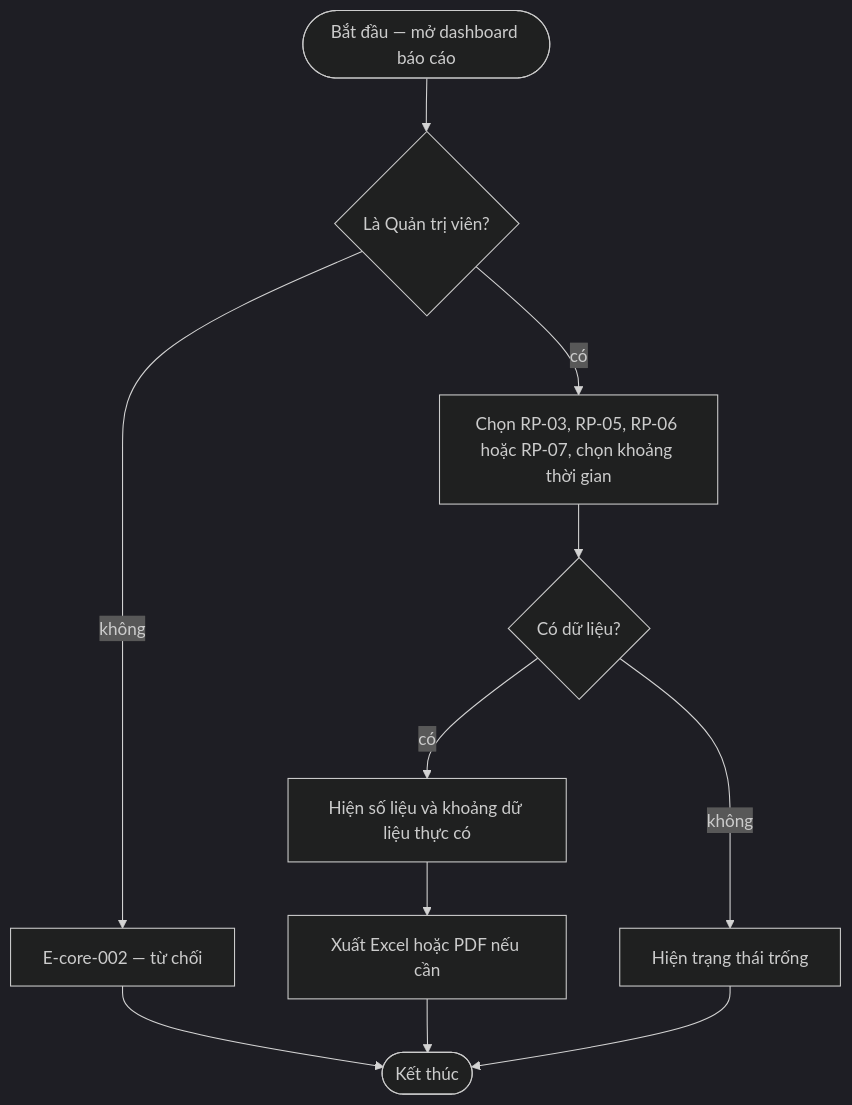
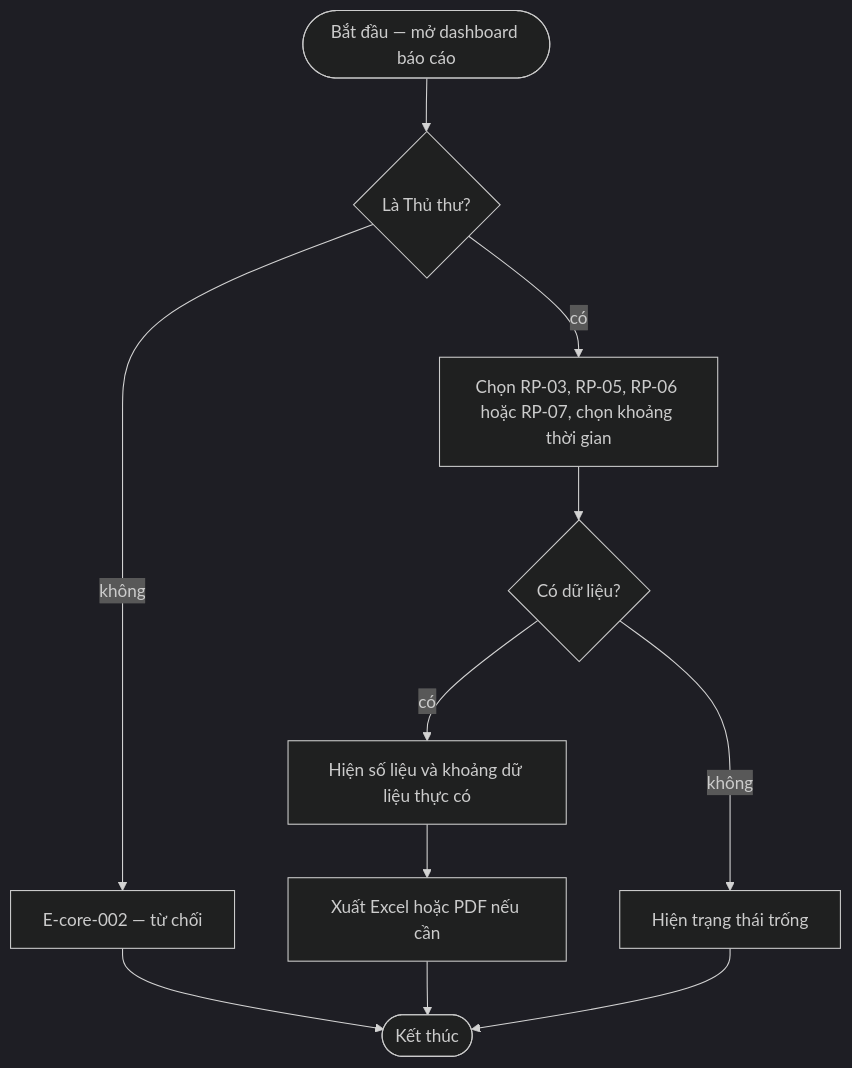
The diagram in docs/features/trend-reports/srs/trend-reports-flows.md (DatTran26/quanlythuvien), drawn with Mermaid (dark theme) before and after one commit. The commit also changed other lines of this file and 250 other files, not shown here.

````diff
--- a/docs/features/trend-reports/srs/trend-reports-flows.md
+++ b/docs/features/trend-reports/srs/trend-reports-flows.md
@@ -13,13 +13,13 @@
 ```mermaid
 flowchart TD
-    Start(["Bắt đầu — mở dashboard báo cáo"]) --> Perm{"Là Quản trị viên?"}
+    Start(["Bắt đầu — mở dashboard báo cáo"]) --> Perm{"Là Thủ thư?"}
     Perm -->|"không"| Deny["E-core-002 — từ chối"]
     Deny --> End(["Kết thúc"])
     Perm -->|"có"| Pick["Chọn RP-03, RP-05, RP-06 hoặc RP-07, chọn khoảng thời gian"]
     Pick --> Data{"Có dữ liệu?"}
     Data -->|"không"| Empty["Hiện trạng thái trống"]
     Data -->|"có"| Show["Hiện số liệu và khoảng dữ liệu thực có"]
     Show --> Export["Xuất Excel hoặc PDF nếu cần"]
     Export --> End
     Empty --> End
 ```
````
